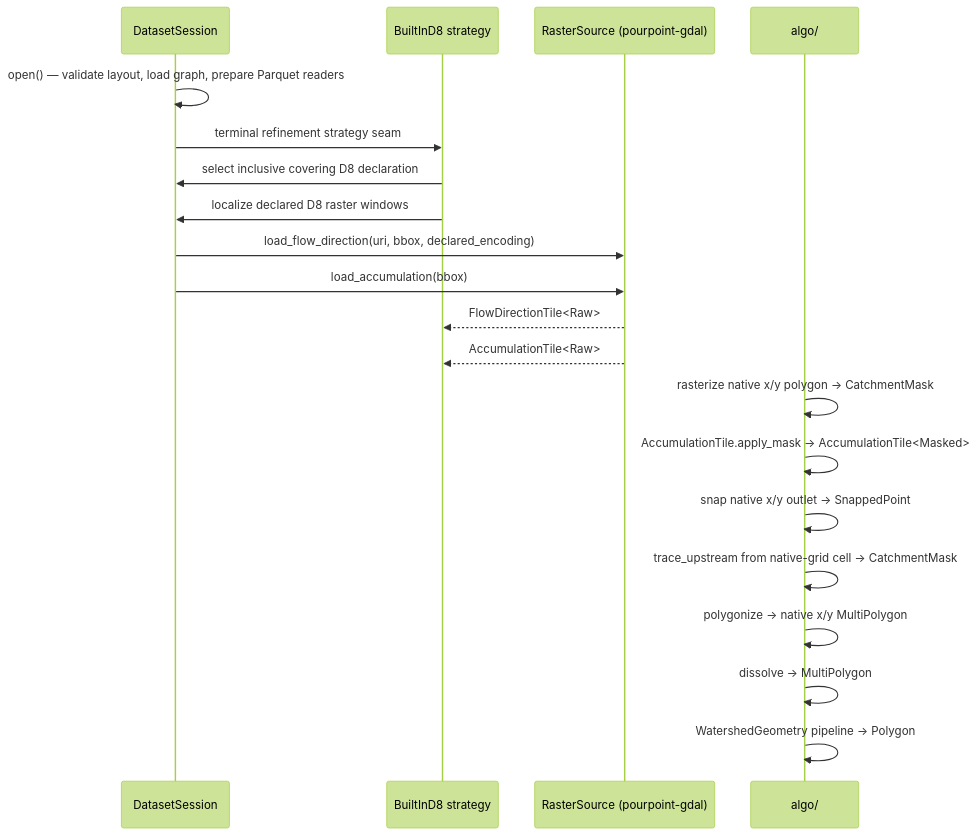
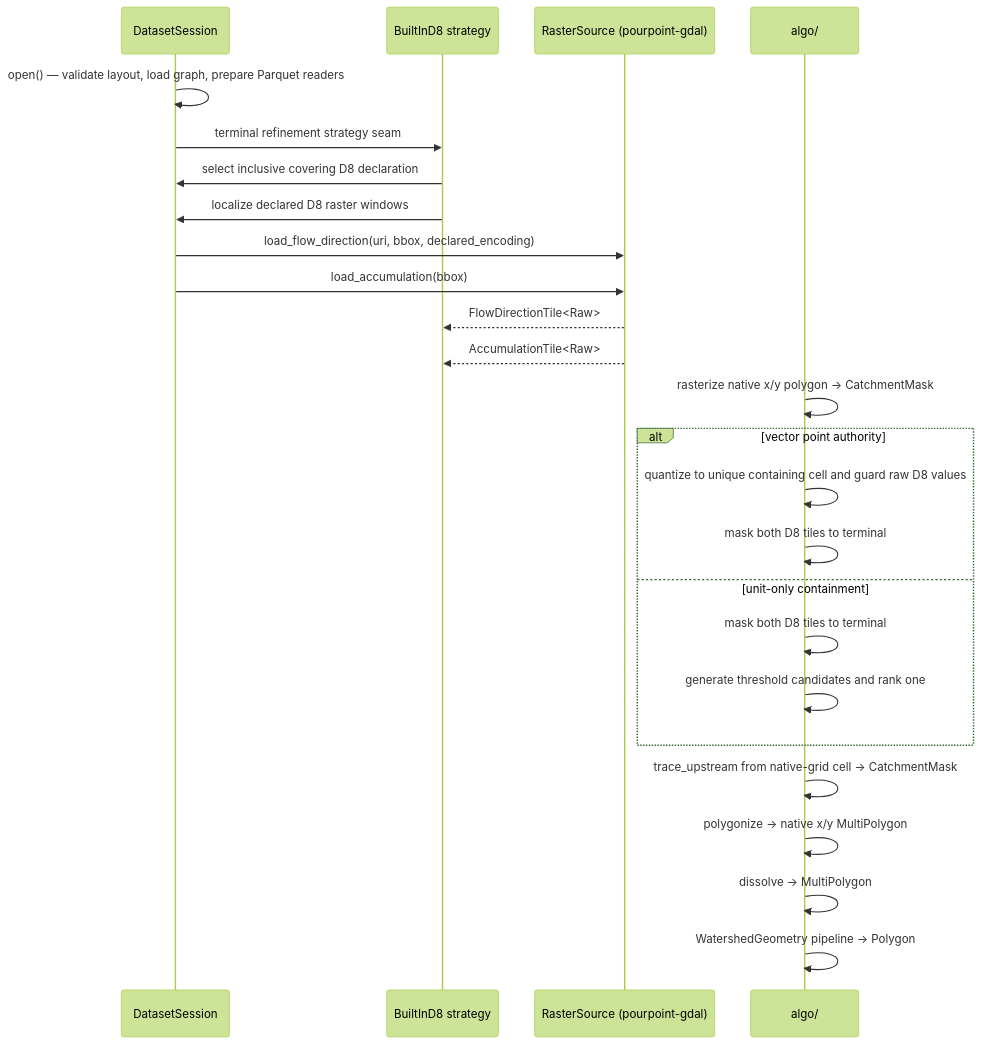
One commit to CooperBigFoot/pourpoint changed the third of 3 diagrams in crates/core/README.md. Above: the diagram before and after it, drawn with Mermaid (forest theme). The commit also changed other lines of this file and 43 other files, not shown here.

Commit message:
feat: preserve vector outlet authority in D8 refinement

````diff
--- a/crates/core/README.md
+++ b/crates/core/README.md
@@ -127,23 +127,28 @@
 ```mermaid
 sequenceDiagram
     participant S as DatasetSession
     participant R as BuiltInD8 strategy
     participant T as RasterSource (pourpoint-gdal)
     participant A as algo/
 
     S->>S: open() — validate layout, load graph, prepare Parquet readers
     S->>R: terminal refinement strategy seam
     R->>S: select inclusive covering D8 declaration
     R->>S: localize declared D8 raster windows
     S->>T: load_flow_direction(uri, bbox, declared_encoding)
     S->>T: load_accumulation(bbox)
     T-->>R: FlowDirectionTile<Raw>
     T-->>R: AccumulationTile<Raw>
     A->>A: rasterize native x/y polygon → CatchmentMask
-    A->>A: AccumulationTile.apply_mask → AccumulationTile<Masked>
-    A->>A: snap native x/y outlet → SnappedPoint
+    alt vector point authority
+        A->>A: quantize to unique containing cell and guard raw D8 values
+        A->>A: mask both D8 tiles to terminal
+    else unit-only containment
+        A->>A: mask both D8 tiles to terminal
+        A->>A: generate threshold candidates and rank one
+    end
     A->>A: trace_upstream from native-grid cell → CatchmentMask
     A->>A: polygonize → native x/y MultiPolygon
     A->>A: dissolve → MultiPolygon
     A->>A: WatershedGeometry pipeline → Polygon
 ```
````
